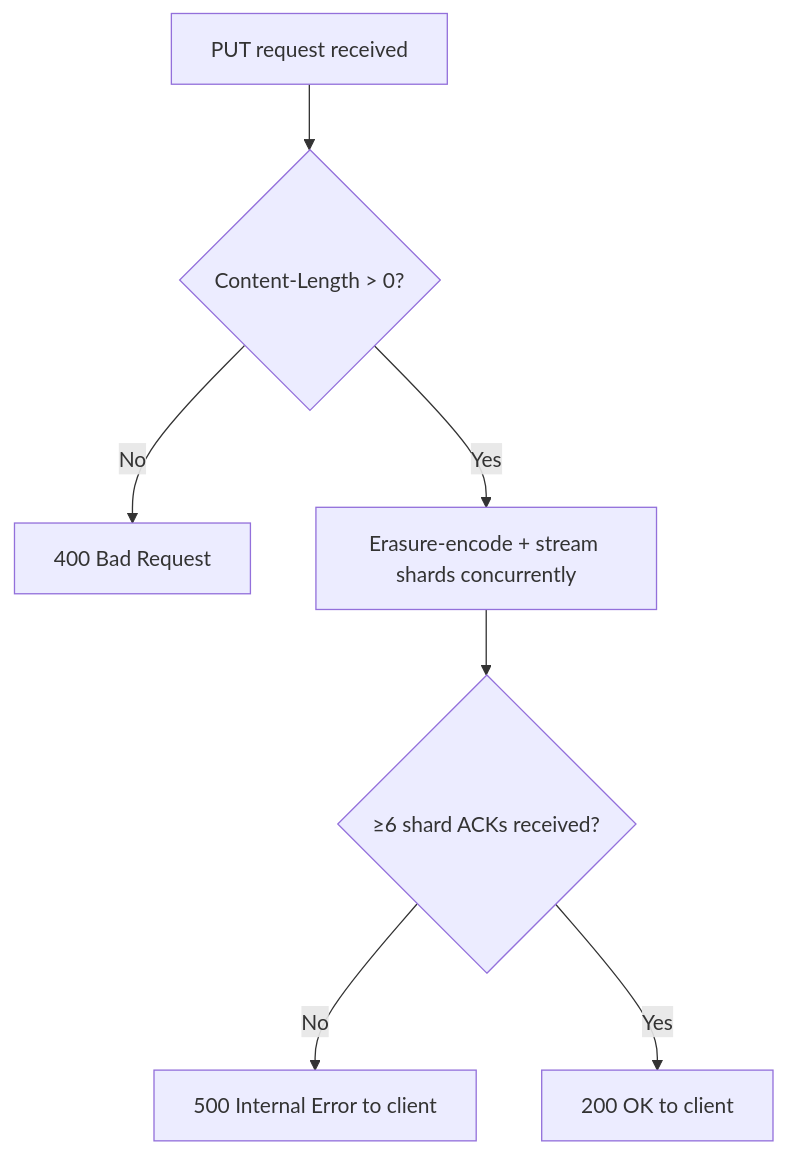
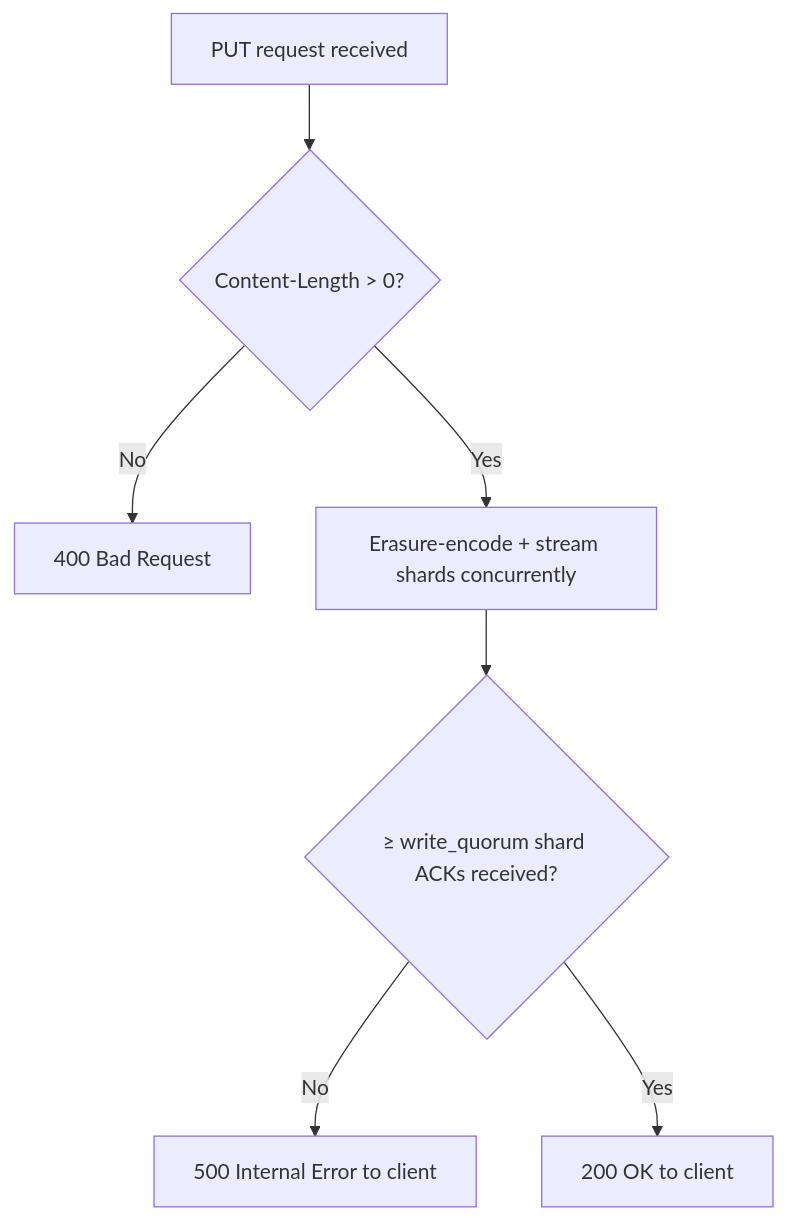
One commit to S26-Distributed-Capstone/Koop changed the second of 16 diagrams in docs/workflow.md. Above: the diagram before and after it, drawn with Mermaid. The commit also changed other lines of this file and 12 other files, not shown here.

First line of the commit message:
Enhance architecture documentation and multipart upload logic

````diff
--- a/docs/workflow.md
+++ b/docs/workflow.md
@@ -73,9 +83,9 @@
 ```mermaid
 flowchart TD
     A[PUT request received] --> B{Content-Length > 0?}
     B -- No --> Z1[400 Bad Request]
     B -- Yes --> C[Erasure-encode + stream shards concurrently]
-    C --> D{≥6 shard ACKs received?}
+    C --> D{≥ write_quorum shard ACKs received?}
     D -- No --> Z2[500 Internal Error to client]
     D -- Yes --> K[200 OK to client]
 ```
````
